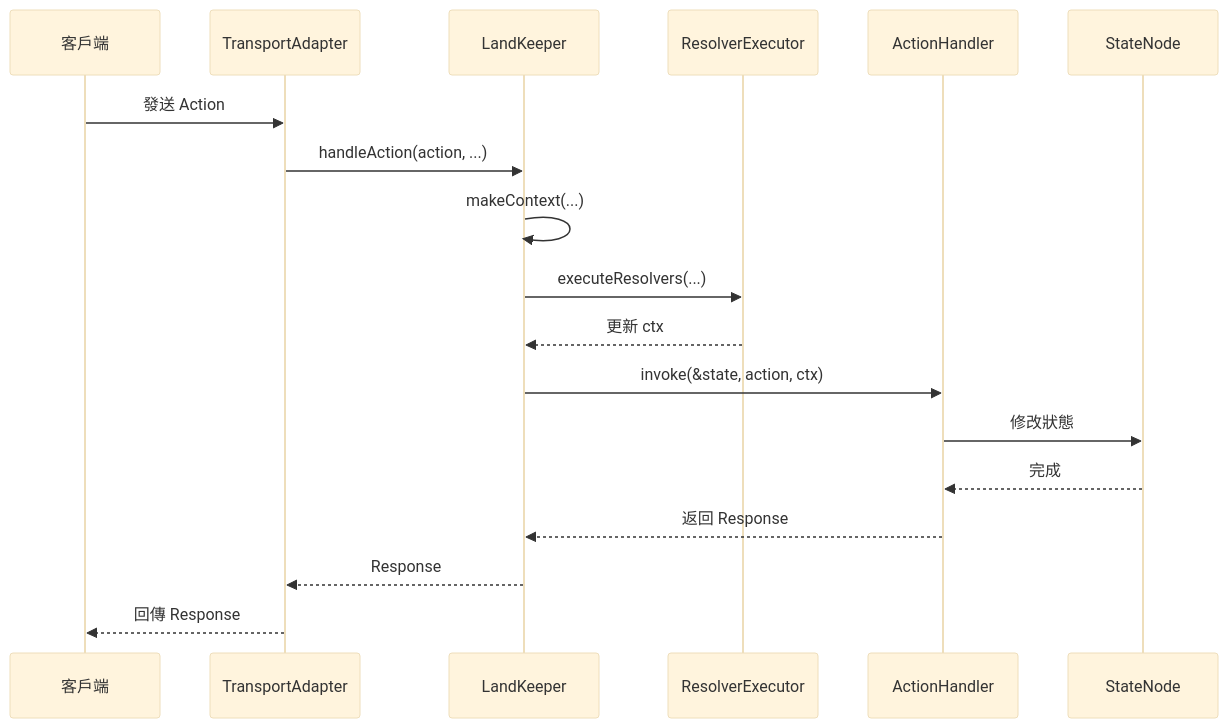
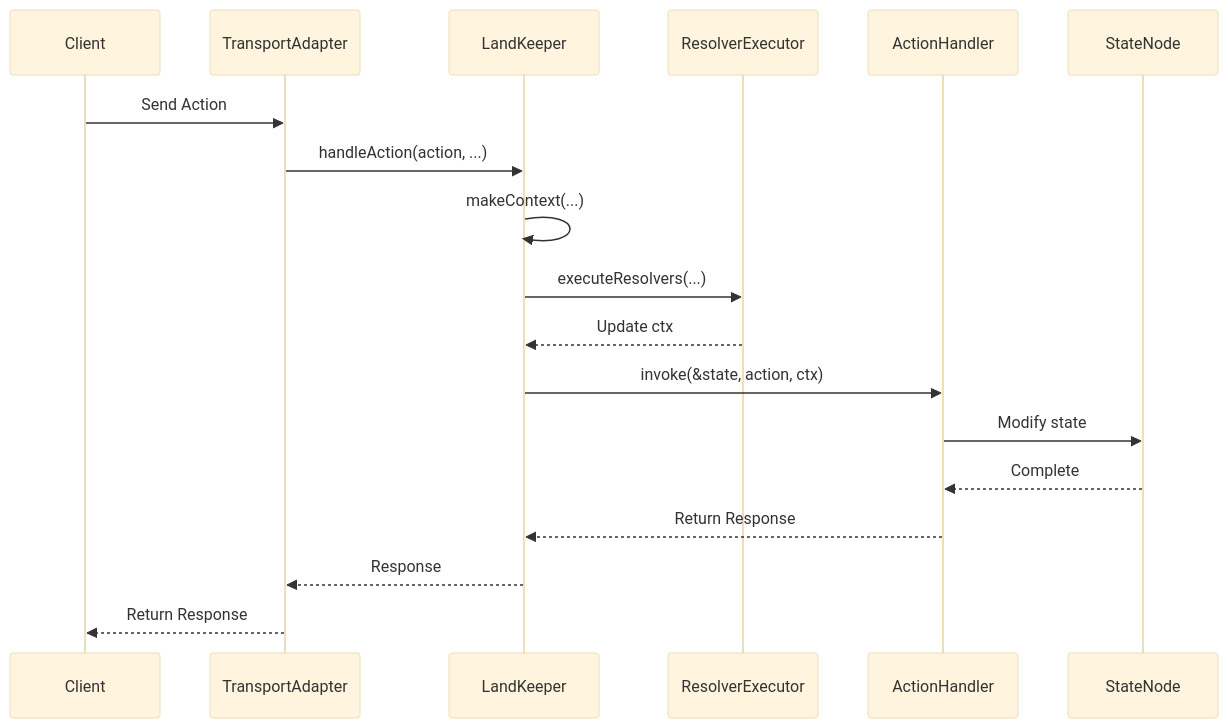
One commit to gmliao/swift-state-tree changed the diagram in docs/core/runtime.md. Above: the diagram before and after it, drawn with Mermaid (base theme). The commit also changed other lines of this file and 61 other files, not shown here.

````diff
--- a/docs/core/runtime.md
+++ b/docs/core/runtime.md
@@ -148,21 +150,21 @@
 ```mermaid
 sequenceDiagram
-    participant Client as 客戶端
+    participant Client as Client
     participant Adapter as TransportAdapter
     participant Keeper as LandKeeper
     participant Resolver as ResolverExecutor
     participant Handler as ActionHandler
     participant State as StateNode
     
-    Client->>Adapter: 發送 Action
+    Client->>Adapter: Send Action
     Adapter->>Keeper: handleAction(action, ...)
     Keeper->>Keeper: makeContext(...)
     Keeper->>Resolver: executeResolvers(...)
-    Resolver-->>Keeper: 更新 ctx
+    Resolver-->>Keeper: Update ctx
     Keeper->>Handler: invoke(&state, action, ctx)
-    Handler->>State: 修改狀態
-    State-->>Handler: 完成
-    Handler-->>Keeper: 返回 Response
+    Handler->>State: Modify state
+    State-->>Handler: Complete
+    Handler-->>Keeper: Return Response
     Keeper-->>Adapter: Response
-    Adapter-->>Client: 回傳 Response
+    Adapter-->>Client: Return Response
 ```
````
